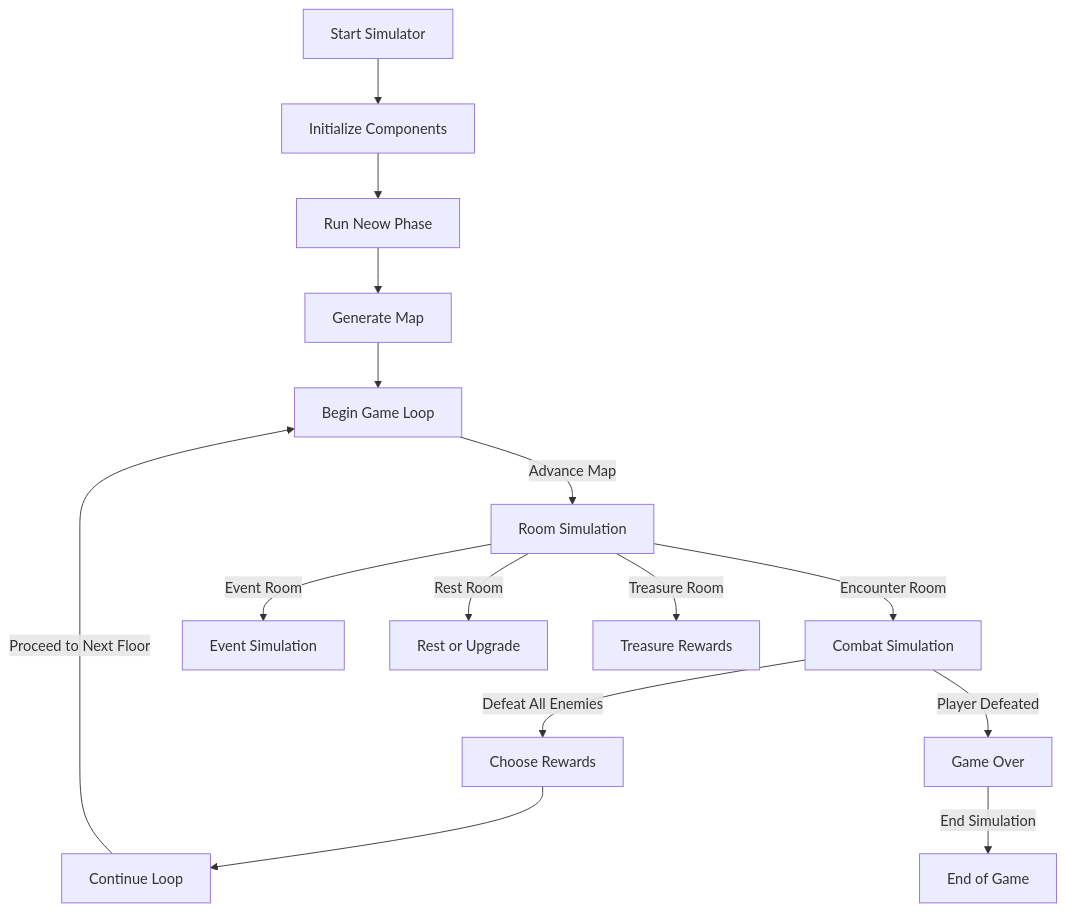
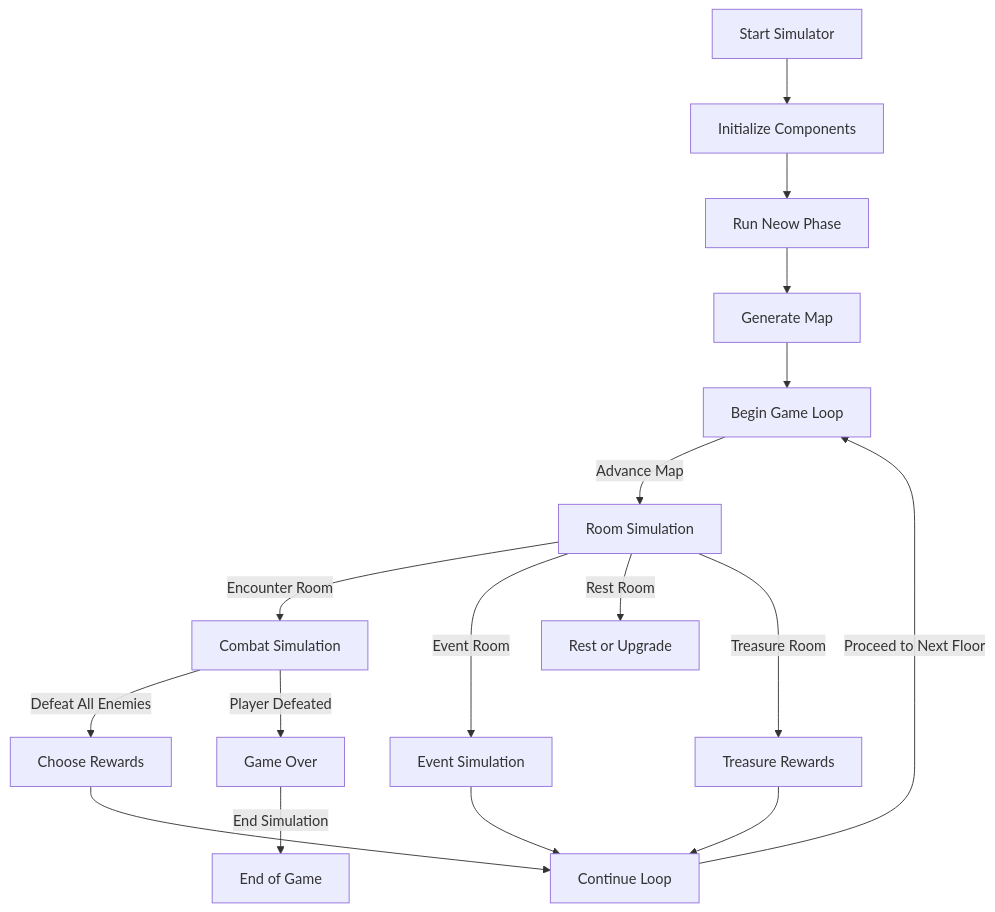
One commit to gdurfee0/sts_lightspeed_rust changed the diagram in README.md. Above: the diagram before and after it, drawn with Mermaid.

Commit message:
Added some edges to the top-level diagram

````diff
--- a/README.md
+++ b/README.md
@@ -5,17 +5,19 @@
 ```mermaid
 graph TD
     A[Start Simulator] --> B[Initialize Components]
     B --> C[Run Neow Phase]
     C --> D[Generate Map]
     D --> E[Begin Game Loop]
     E -->|Advance Map| F[Room Simulation]
     F -->|Encounter Room| G[Combat Simulation]
     F -->|Event Room| H[Event Simulation]
     F -->|Rest Room| I[Rest or Upgrade]
     F -->|Treasure Room| J[Treasure Rewards]
     G -->|Defeat All Enemies| K[Choose Rewards]
     K --> L[Continue Loop]
     G -->|Player Defeated| M[Game Over]
+    H --> L[Continue Loop]
+    J --> L[Continue Loop]
     L -->|Proceed to Next Floor| E
     M -->|End Simulation| N[End of Game]
 ```
````
